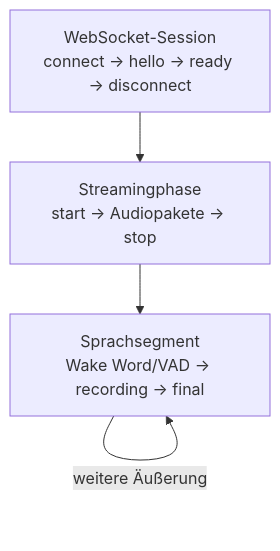
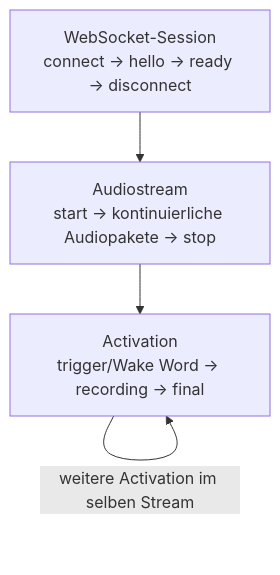
One commit to marcosudau-vps/voice-stt-server changed the diagram in docs/client-development/09-betriebsmodi-und-serverkonfiguration.md. Above: the diagram before and after it, drawn with Mermaid. The commit also changed other lines of this file and 31 other files, not shown here.

````diff
--- a/docs/client-development/09-betriebsmodi-und-serverkonfiguration.md
+++ b/docs/client-development/09-betriebsmodi-und-serverkonfiguration.md
@@ -29,9 +38,9 @@
 ```mermaid
 flowchart TD
     A["WebSocket-Session<br/>connect → hello → ready → disconnect"]
-    B["Streamingphase<br/>start → Audiopakete → stop"]
-    C["Sprachsegment<br/>Wake Word/VAD → recording → final"]
+    B["Audiostream<br/>start → kontinuierliche Audiopakete → stop"]
+    C["Activation<br/>trigger/Wake Word → recording → final"]
     A --> B
     B --> C
-    C -->|"weitere Äußerung"| C
+    C -->|"weitere Activation im selben Stream"| C
 ```
````
